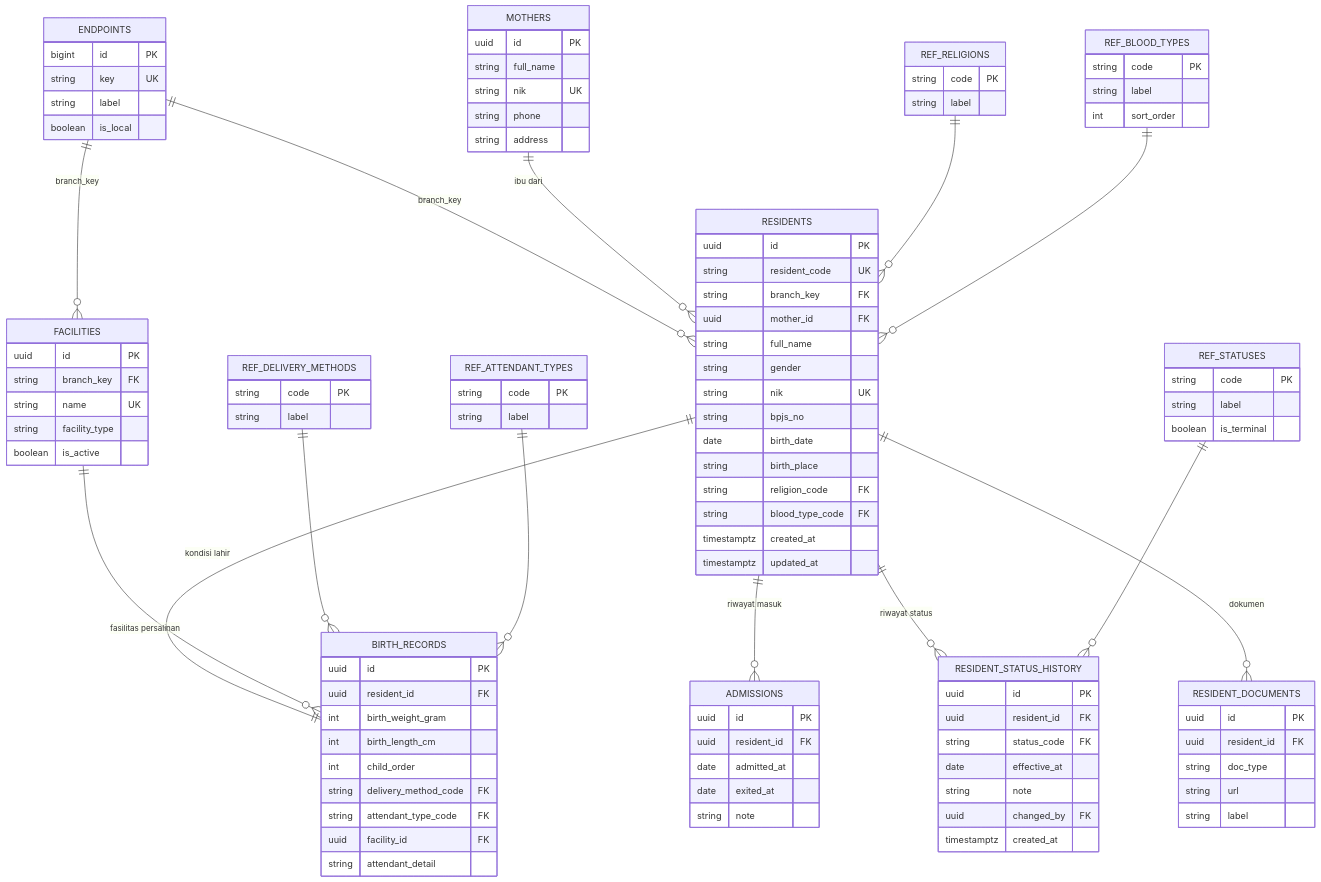
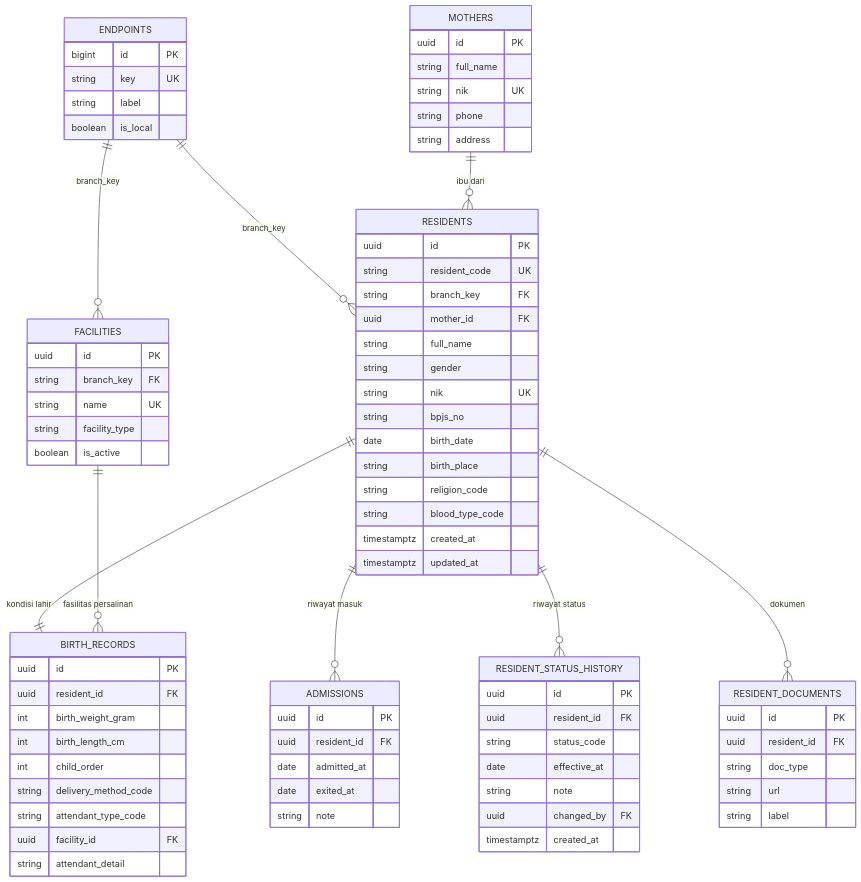
The diagram in 1793093835163-analisa-data-mentah-business/SPEC.md (historic-memory/bbh-data-board-historic), drawn with Mermaid before and after one commit. The commit also changed other lines of this file and 3 other files, not shown here.

Commit message:
spec(resident): kunci D-2/D-3/D-4/D-5 - enum statis (tanpa ref_*), Keterangan=tempat persalinan, mulai tanpa guardians, attendant_detail teks

````diff
--- a/1793093835163-analisa-data-mentah-business/SPEC.md
+++ b/1793093835163-analisa-data-mentah-business/SPEC.md
@@ -52,11 +52,6 @@
     RESIDENTS ||--o{ RESIDENT_STATUS_HISTORY : "riwayat status"
     RESIDENTS ||--o{ RESIDENT_DOCUMENTS : "dokumen"
     FACILITIES ||--o{ BIRTH_RECORDS : "fasilitas persalinan"
-    REF_RELIGIONS ||--o{ RESIDENTS : ""
-    REF_BLOOD_TYPES ||--o{ RESIDENTS : ""
-    REF_DELIVERY_METHODS ||--o{ BIRTH_RECORDS : ""
-    REF_ATTENDANT_TYPES ||--o{ BIRTH_RECORDS : ""
-    REF_STATUSES ||--o{ RESIDENT_STATUS_HISTORY : ""
 
     ENDPOINTS {
         bigint id PK
@@ -82,8 +77,8 @@
         string bpjs_no
         date birth_date
         string birth_place
-        string religion_code FK
-        string blood_type_code FK
+        string religion_code
+        string blood_type_code
         timestamptz created_at
         timestamptz updated_at
     }
@@ -93,8 +88,8 @@
         int birth_weight_gram
         int birth_length_cm
         int child_order
-        string delivery_method_code FK
-        string attendant_type_code FK
+        string delivery_method_code
+        string attendant_type_code
         uuid facility_id FK
         string attendant_detail
     }
@@ -108,7 +103,7 @@
     RESIDENT_STATUS_HISTORY {
         uuid id PK
         uuid resident_id FK
-        string status_code FK
+        string status_code
         date effective_at
         string note
         uuid changed_by FK
@@ -128,26 +123,4 @@
         string url
         string label
     }
-    REF_RELIGIONS {
-        string code PK
-        string label
-    }
-    REF_BLOOD_TYPES {
-        string code PK
-        string label
-        int sort_order
-    }
-    REF_DELIVERY_METHODS {
-        string code PK
-        string label
-    }
-    REF_ATTENDANT_TYPES {
-        string code PK
-        string label
-    }
-    REF_STATUSES {
-        string code PK
-        string label
-        boolean is_terminal
-    }
 ```
````
